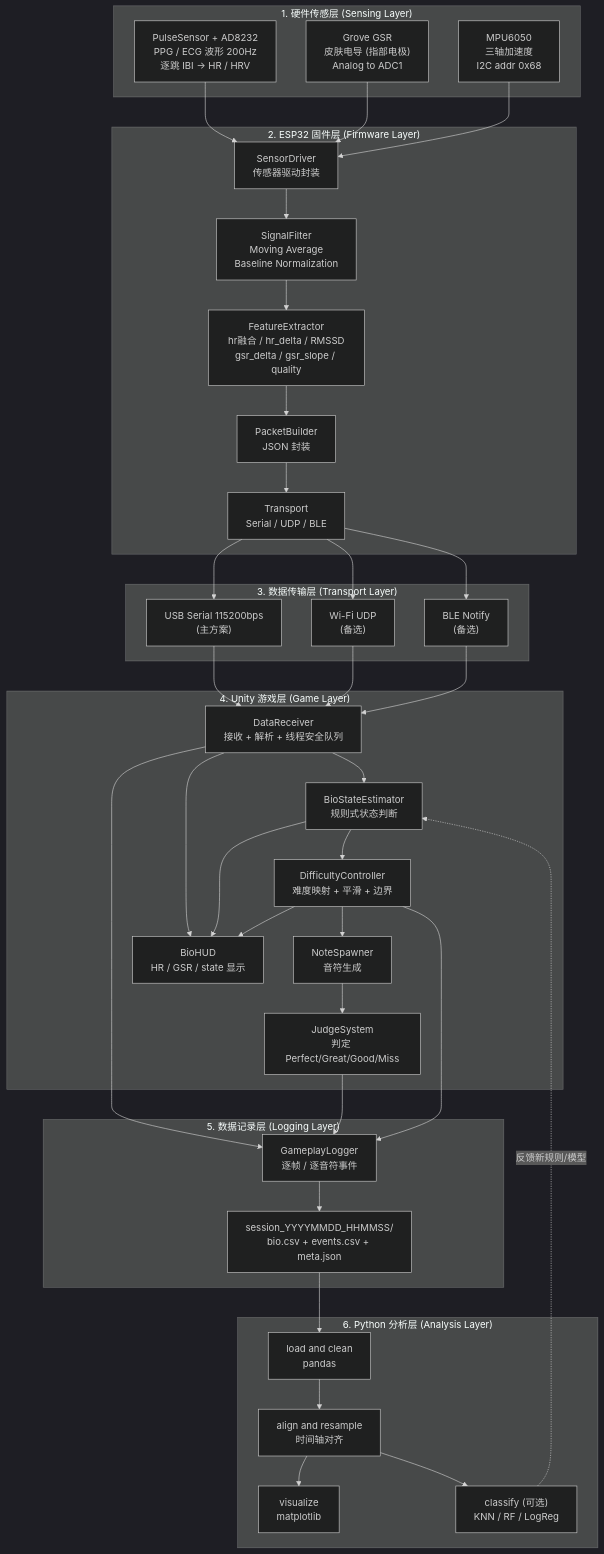
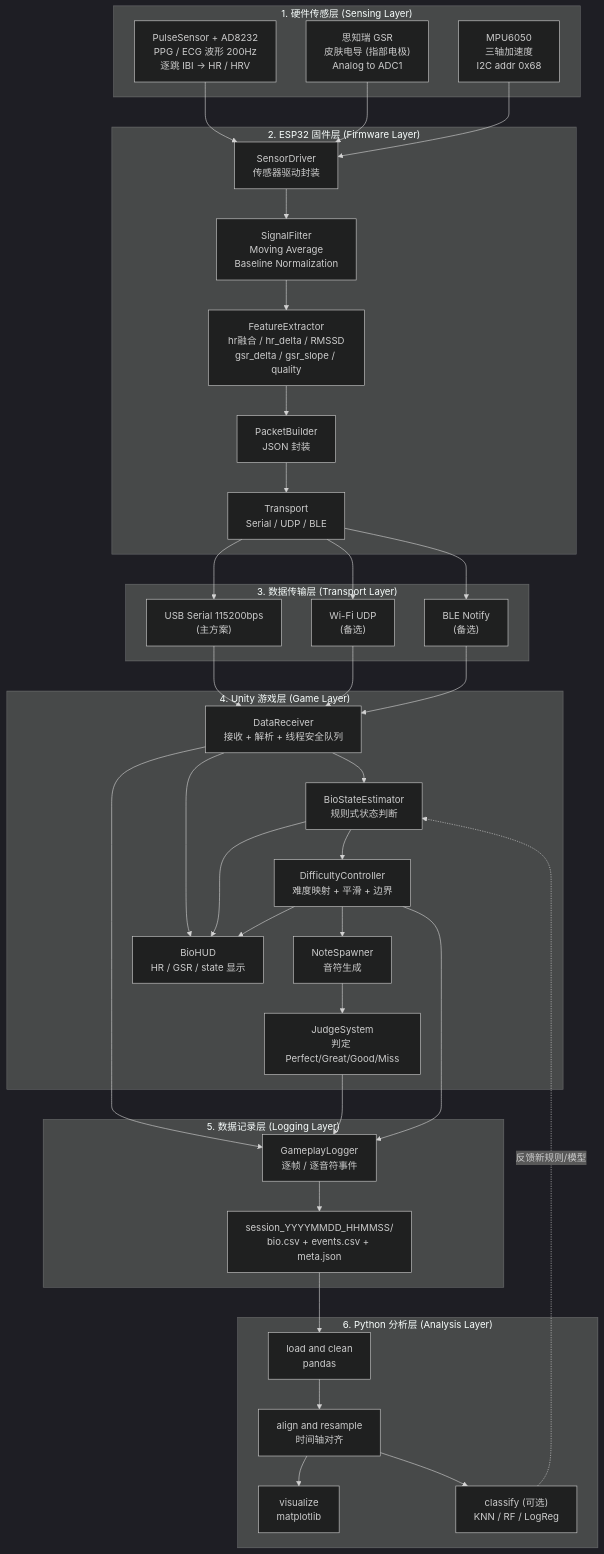
The diagram in ARCHITECTURE.md (alexmansonlu/esp_wearable), drawn with Mermaid (dark theme) before and after one commit. The commit also changed other lines of this file and 137 other files, not shown here.

````diff
--- a/ARCHITECTURE.md
+++ b/ARCHITECTURE.md
@@ -51,62 +51,62 @@
 ```mermaid
 flowchart TD
     subgraph L1["1. 硬件传感层 (Sensing Layer)"]
         A1["PulseSensor + AD8232<br/>PPG / ECG 波形 200Hz<br/>逐跳 IBI → HR / HRV"]
-        A2["Grove GSR<br/>皮肤电导 (指部电极)<br/>Analog to ADC1"]
+        A2["思知瑞 GSR<br/>皮肤电导 (指部电极)<br/>Analog to ADC1"]
         A3["MPU6050<br/>三轴加速度<br/>I2C addr 0x68"]
     end
 
     subgraph L2["2. ESP32 固件层 (Firmware Layer)"]
         B1["SensorDriver<br/>传感器驱动封装"]
         B2["SignalFilter<br/>Moving Average<br/>Baseline Normalization"]
         B3["FeatureExtractor<br/>hr融合 / hr_delta / RMSSD<br/>gsr_delta / gsr_slope / quality"]
         B4["PacketBuilder<br/>JSON 封装"]
         B5["Transport<br/>Serial / UDP / BLE"]
     end
 
     subgraph L3["3. 数据传输层 (Transport Layer)"]
         C1["USB Serial 115200bps<br/>(主方案)"]
         C2["Wi-Fi UDP<br/>(备选)"]
         C3["BLE Notify<br/>(备选)"]
     end
 
     subgraph L4["4. Unity 游戏层 (Game Layer)"]
         D1["DataReceiver<br/>接收 + 解析 + 线程安全队列"]
         D2["BioStateEstimator<br/>规则式状态判断"]
         D3["DifficultyController<br/>难度映射 + 平滑 + 边界"]
         D4["NoteSpawner<br/>音符生成"]
         D5["JudgeSystem<br/>判定 Perfect/Great/Good/Miss"]
         D6["BioHUD<br/>HR / GSR / state 显示"]
     end
 
     subgraph L5["5. 数据记录层 (Logging Layer)"]
         E1["GameplayLogger<br/>逐帧 / 逐音符事件"]
         E2["session_YYYYMMDD_HHMMSS/<br/>bio.csv + events.csv + meta.json"]
     end
 
     subgraph L6["6. Python 分析层 (Analysis Layer)"]
         F1["load and clean<br/>pandas"]
         F2["align and resample<br/>时间轴对齐"]
         F3["visualize<br/>matplotlib"]
         F4["classify (可选)<br/>KNN / RF / LogReg"]
     end
 
     A1 --> B1
     A2 --> B1
     A3 --> B1
     B1 --> B2 --> B3 --> B4 --> B5
     B5 --> C1 & C2 & C3
     C1 & C2 & C3 --> D1
     D1 --> D2 --> D3 --> D4
     D4 --> D5
     D1 --> D6
     D2 --> D6
     D3 --> D6
     D1 --> E1
     D5 --> E1
     D3 --> E1
     E1 --> E2
     E2 --> F1 --> F2 --> F3
     F2 --> F4
     F4 -.->|"反馈新规则/模型"| D2
 ```
````
